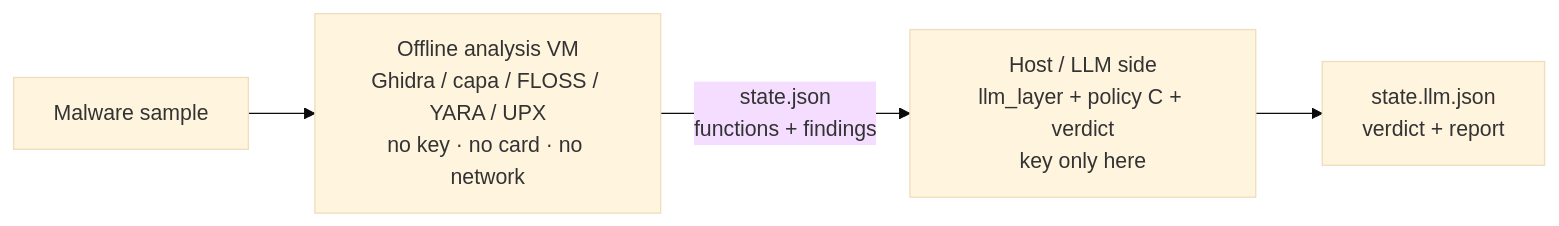
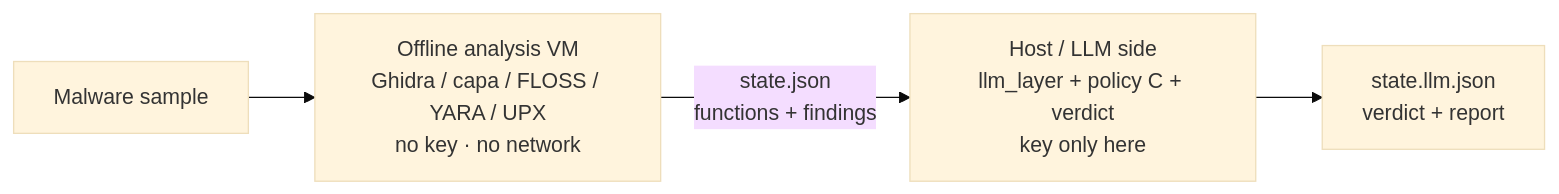
Before and after one commit to Farhandir/CrowbarAF: the fourth of 4 diagrams in README.md, drawn with Mermaid (base theme). The commit also changed other lines of this file and 1 other file, not shown here.

Commit message:
docs: drop payment-card wording from split-mode guide

````diff
--- a/README.md
+++ b/README.md
@@ -202,6 +201,6 @@
 ```mermaid
 flowchart LR
-    S["Malware sample"] --> V["Offline analysis VM<br/>Ghidra / capa / FLOSS / YARA / UPX<br/>no key · no card · no network"]
+    S["Malware sample"] --> V["Offline analysis VM<br/>Ghidra / capa / FLOSS / YARA / UPX<br/>no key · no network"]
     V -->|"state.json<br/>functions + findings"| H["Host / LLM side<br/>llm_layer + policy C + verdict<br/>key only here"]
     H --> O["state.llm.json<br/>verdict + report"]
 ```
````
